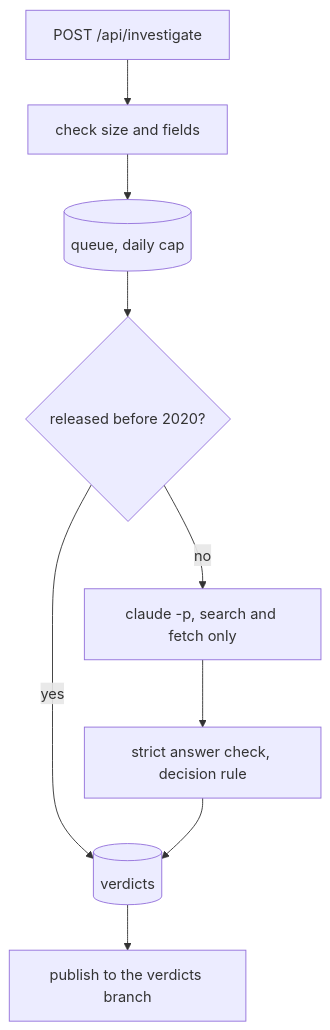
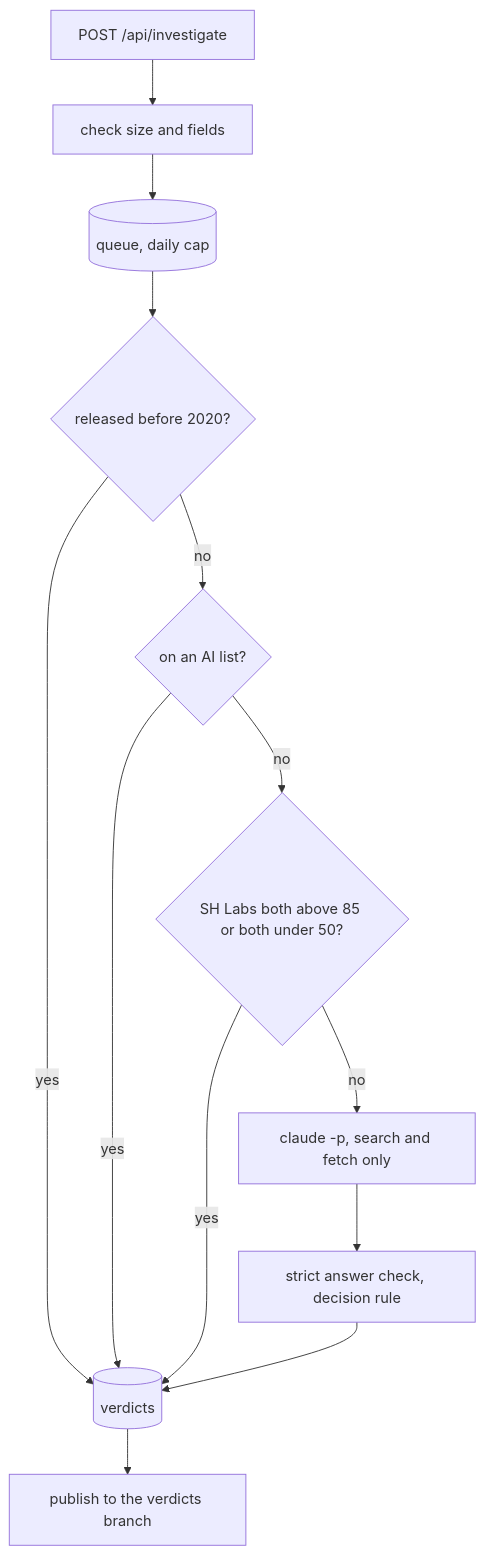
Before and after one commit to wai-lau/human-music: the diagram in research/investigator/README.md, drawn with Mermaid. The commit also changed other lines of this file and 8 other files, not shown here.

````diff
--- a/research/investigator/README.md
+++ b/research/investigator/README.md
@@ -17,11 +19,15 @@
 ```mermaid
 flowchart TD
     A[POST /api/investigate] --> B[check size and fields]
     B --> C[(queue, daily cap)]
     C --> D{released before 2020?}
     D -- yes --> G[(verdicts)]
-    D -- no --> E[claude -p, search and fetch only]
-    E --> F[strict answer check, decision rule]
-    F --> G
-    G --> H[publish to the verdicts branch]
+    D -- no --> E{on an AI list?}
+    E -- yes --> G
+    E -- no --> F{SH Labs both above 85 or both under 50?}
+    F -- yes --> G
+    F -- no --> H[claude -p, search and fetch only]
+    H --> I[strict answer check, decision rule]
+    I --> G
+    G --> J[publish to the verdicts branch]
 ```
````
